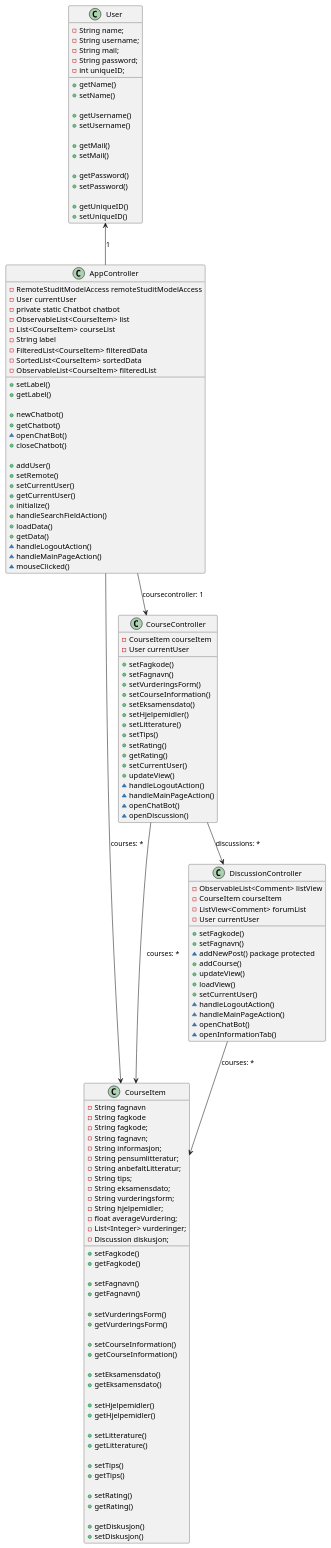
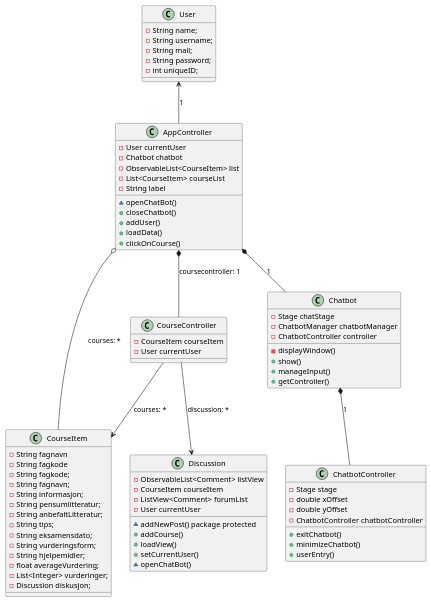
Before and after one commit to hakonbjork/StudIt: the diagram in StudIt/classDiagram.puml, drawn with PlantUML.

Commit message:
#70 updated class diagram

```diff
--- a/StudIt/classDiagram.puml
+++ b/StudIt/classDiagram.puml
@@ -1,160 +1,98 @@
 @startuml
 class CourseItem {
   - String fagnavn
   - String fagkode
   - String fagkode;
   - String fagnavn;
   - String informasjon;
   - String pensumlitteratur;
   - String anbefaltLitteratur;
   - String tips;
   - String eksamensdato;
   - String vurderingsform;
   - String hjelpemidler;
   - float averageVurdering;
   - List<Integer> vurderinger;
   - Discussion diskusjon;
-
-  + setFagkode()
-  + getFagkode()
-
-  + setFagnavn()
-  + getFagnavn()
-
-  + setVurderingsForm()
-  + getVurderingsForm()
-  
-  + setCourseInformation()
-  + getCourseInformation()
-
-  + setEksamensdato()
-  + getEksamensdato()
-
-  + setHjelpemidler()
-  + getHjelpemidler()
-
-  + setLitterature()
-  + getLitterature()
-
-  + setTips()
-  + getTips()
-
-  + setRating()
-  + getRating()
-
-  + getDiskusjon()
-  + setDiskusjon()
 }
 
 
-class CourseController{
+class CourseController {
   - CourseItem courseItem
   - User currentUser
-  
-  + setFagkode()
-  + setFagnavn()
-  + setVurderingsForm()
-  + setCourseInformation()
-  + setEksamensdato()
-  + setHjelpemidler()
-  + setLitterature()
-  + setTips()
-  + setRating()
-  + getRating()
-  + setCurrentUser()
-  + updateView()
-  ~ handleLogoutAction()
-  ~ handleMainPageAction()
-  ~ openChatBot()
-  ~ openDiscussion()
+
 }
 
 
-class DiscussionController{
+class Discussion {
     - ObservableList<Comment> listView
     - CourseItem courseItem
     - ListView<Comment> forumList
     - User currentUser
 
-    + setFagkode()
-    + setFagnavn()
     ~ addNewPost() package protected
     + addCourse()
-    + updateView()
     + loadView()
     + setCurrentUser()
-    ~ handleLogoutAction()
-    ~ handleMainPageAction()
     ~ openChatBot()
-    ~ openInformationTab()
 }
 
 
 class User {
     - String name;
     - String username;
     - String mail;
     - String password;
     - int uniqueID;
-
-    + getName()
-    + setName()
-
-    + getUsername()
-    + setUsername()
-
-    + getMail()
-    + setMail()
-
-    + getPassword()
-    + setPassword()
-
-    + getUniqueID()
-    + setUniqueID()
 }
 
  
 class AppController {
-    - RemoteStuditModelAccess remoteStuditModelAccess
     - User currentUser
-    - private static Chatbot chatbot
+    - Chatbot chatbot
     - ObservableList<CourseItem> list
     - List<CourseItem> courseList
     - String label
-    - FilteredList<CourseItem> filteredData
-    - SortedList<CourseItem> sortedData 
-    - ObservableList<CourseItem> filteredList 
 
-    + setLabel()
-    + getLabel()
-
-    + newChatbot()
-    + getChatbot()
     ~ openChatBot()
     + closeChatbot()
+    + addUser()
+    + loadData()
+    + clickOnCourse()
+}
 
-    + addUser()
-    + setRemote()
-    + setCurrentUser()
-    + getCurrentUser()
-    + initialize()
-    + handleSearchFieldAction()
-    + loadData()
-    + getData()
-    ~ handleLogoutAction()
-    ~ handleMainPageAction()
-    ~ mouseClicked()
-   
+class Chatbot{
+    - Stage chatStage
+    - ChatbotManager chatbotManager
+    - ChatbotController controller
+
+    - displayWindow()
+    + show()
+    + manageInput()
+    + getController()
+}
+
+class ChatbotController {
+    - Stage stage 
+    - double xOffset 
+    - double yOffset 
+    - ChatbotController chatbotController
+    
+    + exitChatbot()
+    + minimizeChatbot()
+    + userEntry()
 }
 
 
-AppController --> CourseItem: courses: *
-AppController --> CourseController: coursecontroller: 1
+
+
+AppController o-- CourseItem: courses: *
+AppController *-- CourseController: coursecontroller: 1
+AppController *-- Chatbot: 1
+Chatbot *-- ChatbotController: 1
 
 CourseController --> CourseItem : courses: *
-CourseController --> DiscussionController : discussions: *
+CourseController --> Discussion : discussion: *
 
-DiscussionController --> CourseItem : courses: *
-
-User <-- AppController : 1
+User <-- AppController: 1
 @enduml
```
